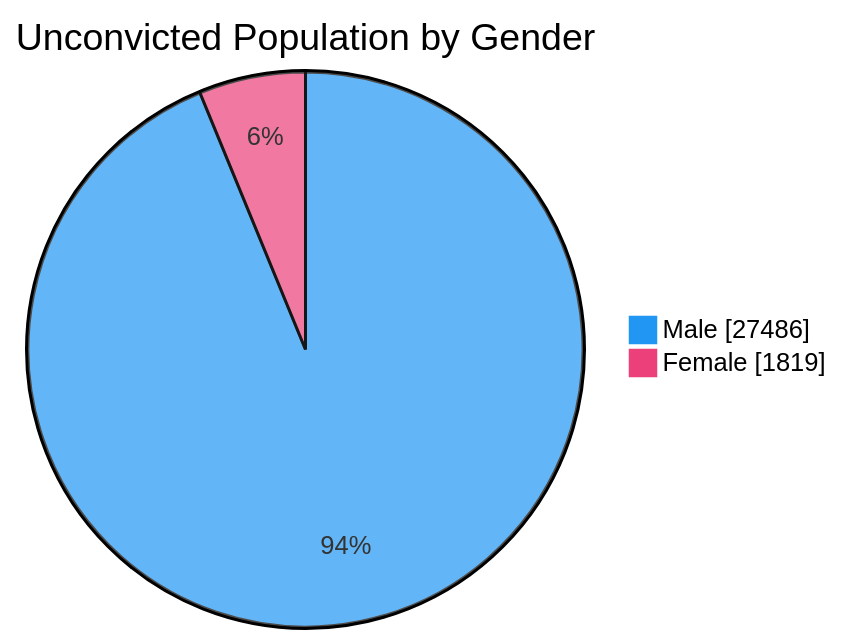
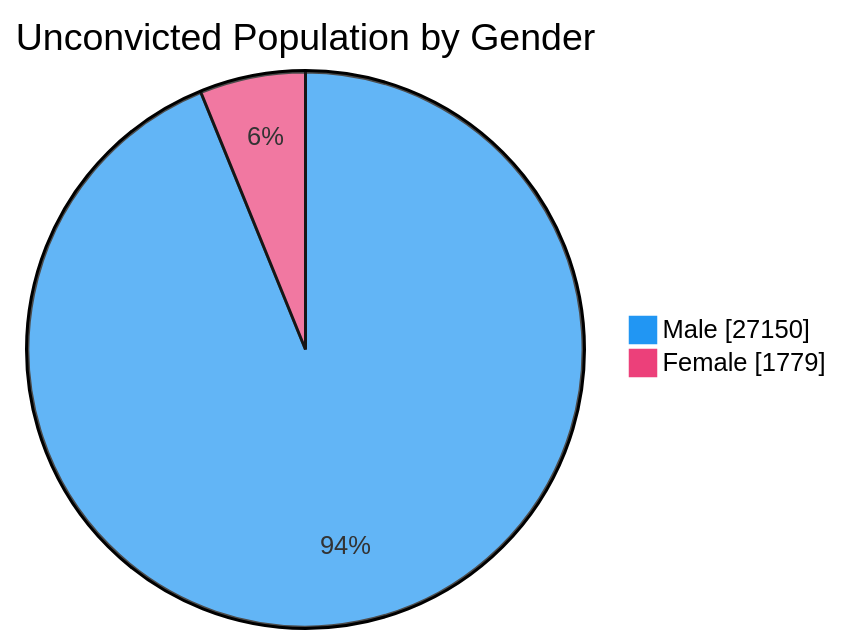
One commit to nuuuwan/lk_prisons changed the fourth of 7 diagrams in README.md. Above: the diagram before and after it, drawn with Mermaid. The commit also changed other lines of this file and 1 other file, not shown here.

````diff
--- a/README.md
+++ b/README.md
@@ -76,6 +76,6 @@
 ```mermaid
 %%{init: {'themeVariables': {'pie1': '#2196F3', 'pie2': '#EC407A'}}}%%
 pie showData title Unconvicted Population by Gender
-    "Male" : 27486
-    "Female" : 1819
+    "Male" : 27150
+    "Female" : 1779
 ```
````
